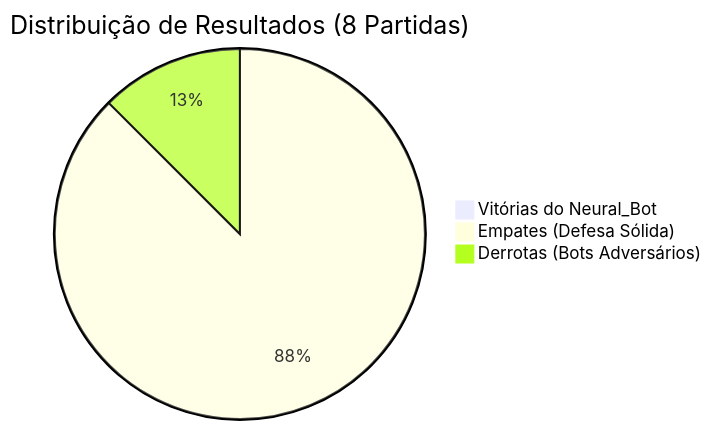
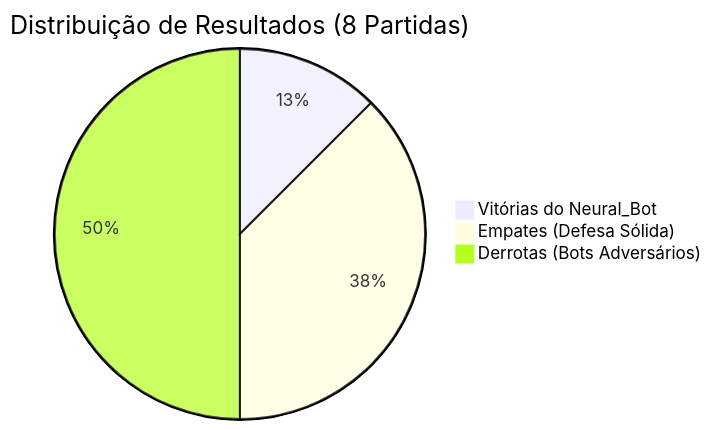
One commit to Bruno1991/sNeura_Gym changed the first of 2 diagrams in chess_bot/relatorios_avancos/relatorio_torneio_8_partidas.md. Above: the diagram before and after it, drawn with Mermaid. The commit also changed other lines of this file and 11 other files, not shown here.

````diff
--- a/chess_bot/relatorios_avancos/relatorio_torneio_8_partidas.md
+++ b/chess_bot/relatorios_avancos/relatorio_torneio_8_partidas.md
@@ -19,6 +19,6 @@
 ```mermaid
 pie title Distribuição de Resultados (8 Partidas)
-    "Vitórias do Neural_Bot" : 0
-    "Empates (Defesa Sólida)" : 7
-    "Derrotas (Bots Adversários)" : 1
+    "Vitórias do Neural_Bot" : 1
+    "Empates (Defesa Sólida)" : 3
+    "Derrotas (Bots Adversários)" : 4
 ```
````
